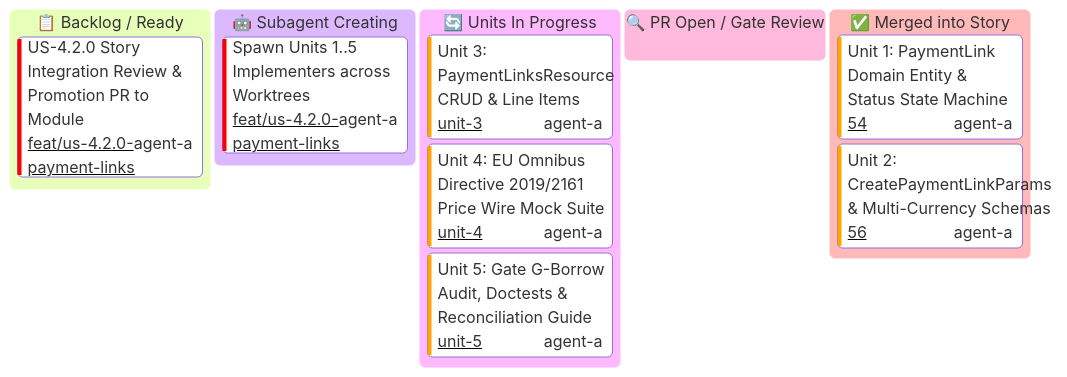
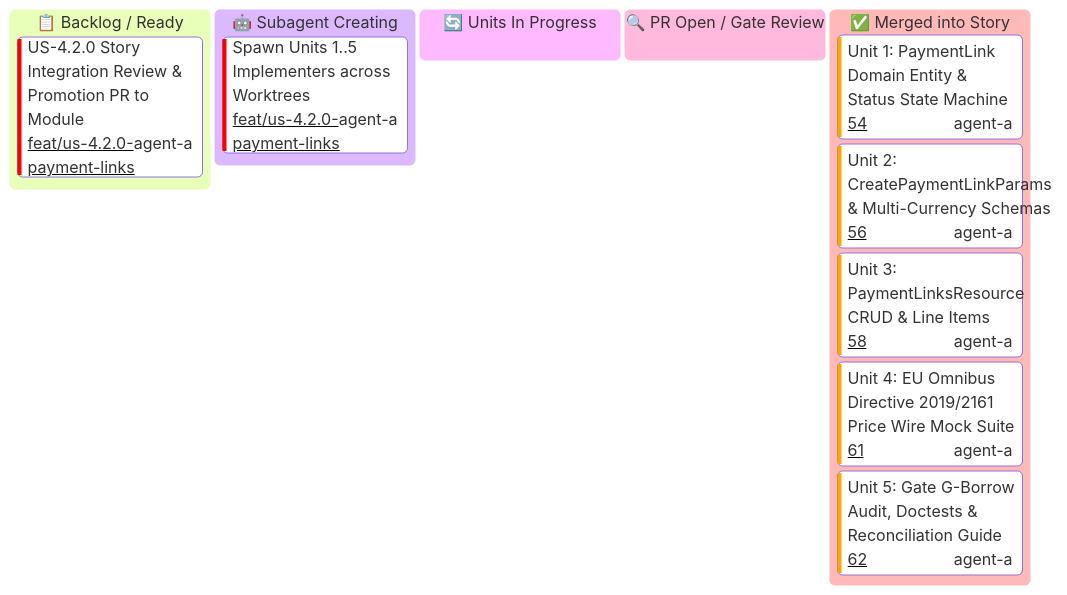
One commit to some-of-cs/some-stripe changed the third of 3 diagrams in docs/user-stories/module-4-hosted-checkout-and-links/KANBAN.md. Above: the diagram before and after it, drawn with Mermaid. The commit also changed other lines of this file and 4 other files, not shown here.

````diff
--- a/docs/user-stories/module-4-hosted-checkout-and-links/KANBAN.md
+++ b/docs/user-stories/module-4-hosted-checkout-and-links/KANBAN.md
@@ -75,20 +74,20 @@
 ```mermaid
 ---
 config:
   kanban:
     ticketBaseUrl: 'https://github.com/some-of-cs/some-stripe/pull/#TICKET#'
 ---
 kanban
   todo[📋 Backlog / Ready]
     s42_pr[US-4.2.0 Story Integration Review & Promotion PR to Module]@{ ticket: 'feat/us-4.2.0-payment-links', assigned: 'agent-a', priority: 'Very High' }
   spawning[🤖 Subagent Creating]
     s42_spawn[Spawn Units 1..5 Implementers across Worktrees]@{ ticket: 'feat/us-4.2.0-payment-links', assigned: 'agent-a', priority: 'Very High' }
   in_progress[🔄 Units In Progress]
-    u423[Unit 3: PaymentLinksResource CRUD & Line Items]@{ ticket: 'unit-3', assigned: 'agent-a', priority: 'High' }
-    u424[Unit 4: EU Omnibus Directive 2019/2161 Price Wire Mock Suite]@{ ticket: 'unit-4', assigned: 'agent-a', priority: 'High' }
-    u425[Unit 5: Gate G-Borrow Audit, Doctests & Reconciliation Guide]@{ ticket: 'unit-5', assigned: 'agent-a', priority: 'High' }
   review[🔍 PR Open / Gate Review]
   done[✅ Merged into Story]
     u421[Unit 1: PaymentLink Domain Entity & Status State Machine]@{ ticket: '54', assigned: 'agent-a', priority: 'High' }
     u422[Unit 2: CreatePaymentLinkParams & Multi-Currency Schemas]@{ ticket: '56', assigned: 'agent-a', priority: 'High' }
+    u423[Unit 3: PaymentLinksResource CRUD & Line Items]@{ ticket: '58', assigned: 'agent-a', priority: 'High' }
+    u424[Unit 4: EU Omnibus Directive 2019/2161 Price Wire Mock Suite]@{ ticket: '61', assigned: 'agent-a', priority: 'High' }
+    u425[Unit 5: Gate G-Borrow Audit, Doctests & Reconciliation Guide]@{ ticket: '62', assigned: 'agent-a', priority: 'High' }
 ```
````
